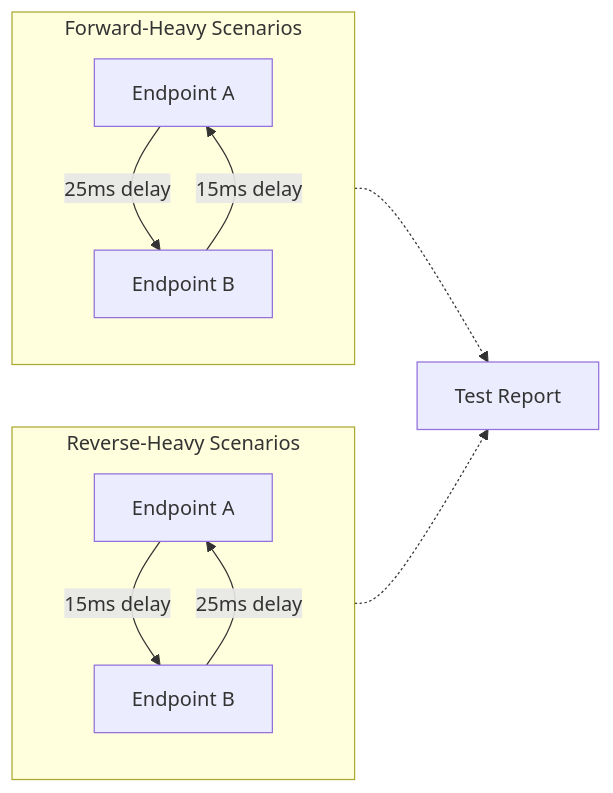
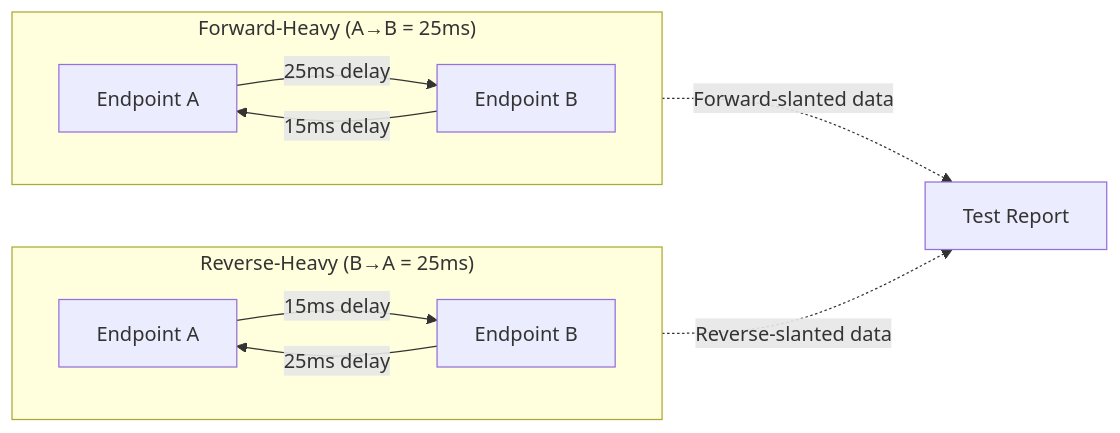
Before and after one commit to liulilittle/ucp: the third of 4 diagrams in docs/performance.md, drawn with Mermaid. The commit also changed other lines of this file and 43 other files, not shown here.

````diff
--- a/docs/performance.md
+++ b/docs/performance.md
@@ -134,15 +139,17 @@
 ```mermaid
 flowchart LR
-    subgraph ForwardHeavy[Forward-Heavy Scenarios]
-        A1[Endpoint A] -- "25ms delay" --> B1[Endpoint B]
+    subgraph ForwardHeavy["Forward-Heavy (A→B = 25ms)"]
+        direction LR
+        A1["Endpoint A"] -- "25ms delay" --> B1["Endpoint B"]
         B1 -- "15ms delay" --> A1
     end
-
-    subgraph ReverseHeavy[Reverse-Heavy Scenarios]
-        A2[Endpoint A] -- "15ms delay" --> B2[Endpoint B]
+    
+    subgraph ReverseHeavy["Reverse-Heavy (B→A = 25ms)"]
+        direction LR
+        A2["Endpoint A"] -- "15ms delay" --> B2["Endpoint B"]
         B2 -- "25ms delay" --> A2
     end
-
-    ForwardHeavy -.-> Report[Test Report]
-    ReverseHeavy -.-> Report
+    
+    ForwardHeavy -.->|"Forward-slanted data"| Report["Test Report"]
+    ReverseHeavy -.->|"Reverse-slanted data"| Report
 ```
````
